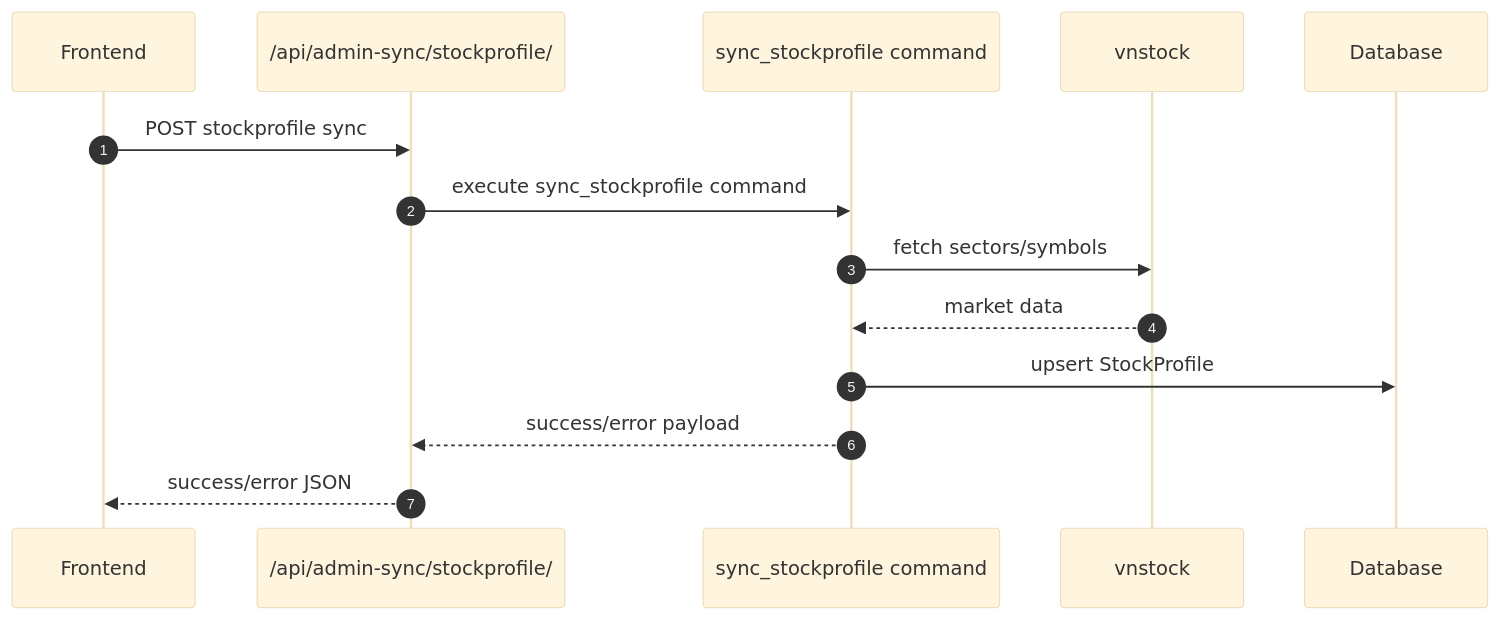
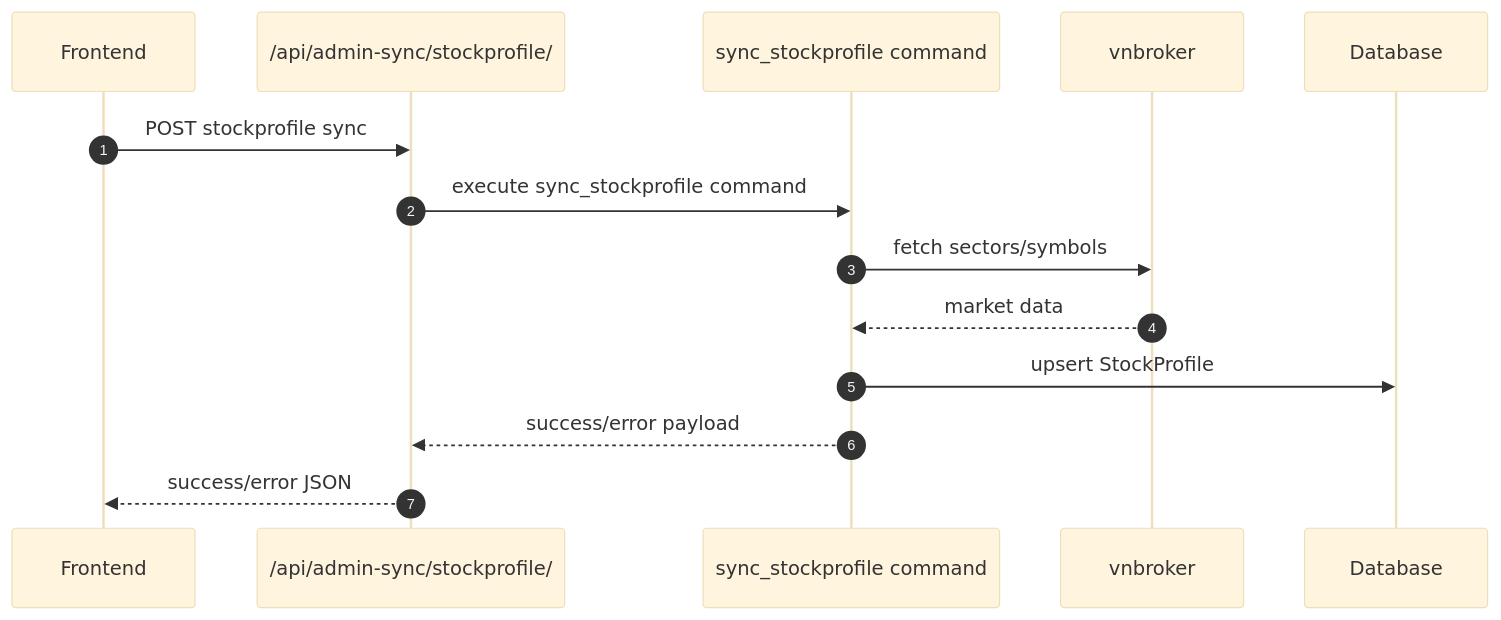
One commit to vietdungiitb/vninvest changed the fourth of 4 diagrams in docs/BACKEND_TECHNICAL_DIAGRAM_L2_1.md. Above: the diagram before and after it, drawn with Mermaid (base theme). The commit also changed other lines of this file and 345 other files, not shown here.

````diff
--- a/docs/BACKEND_TECHNICAL_DIAGRAM_L2_1.md
+++ b/docs/BACKEND_TECHNICAL_DIAGRAM_L2_1.md
@@ -95,17 +95,17 @@
 ```mermaid
 sequenceDiagram
     autonumber
     participant FE as Frontend
     participant API as /api/admin-sync/stockprofile/
     participant CMD as sync_stockprofile command
-    participant VS as vnstock
+    participant VS as vnbroker
     participant DB as Database
 
     FE->>API: POST stockprofile sync
     API->>CMD: execute sync_stockprofile command
     CMD->>VS: fetch sectors/symbols
     VS-->>CMD: market data
     CMD->>DB: upsert StockProfile
     CMD-->>API: success/error payload
     API-->>FE: success/error JSON
 ```
````
